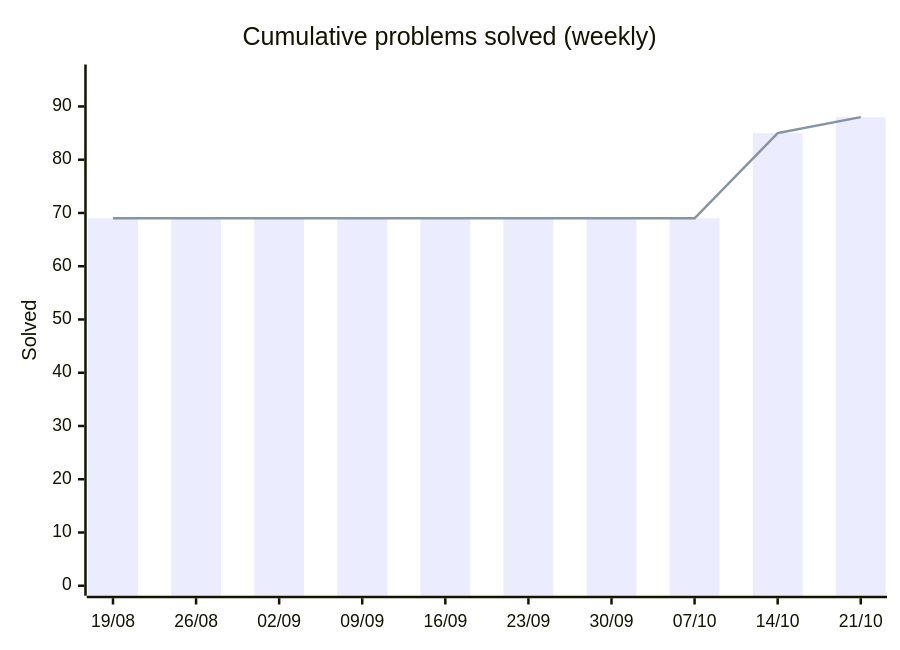
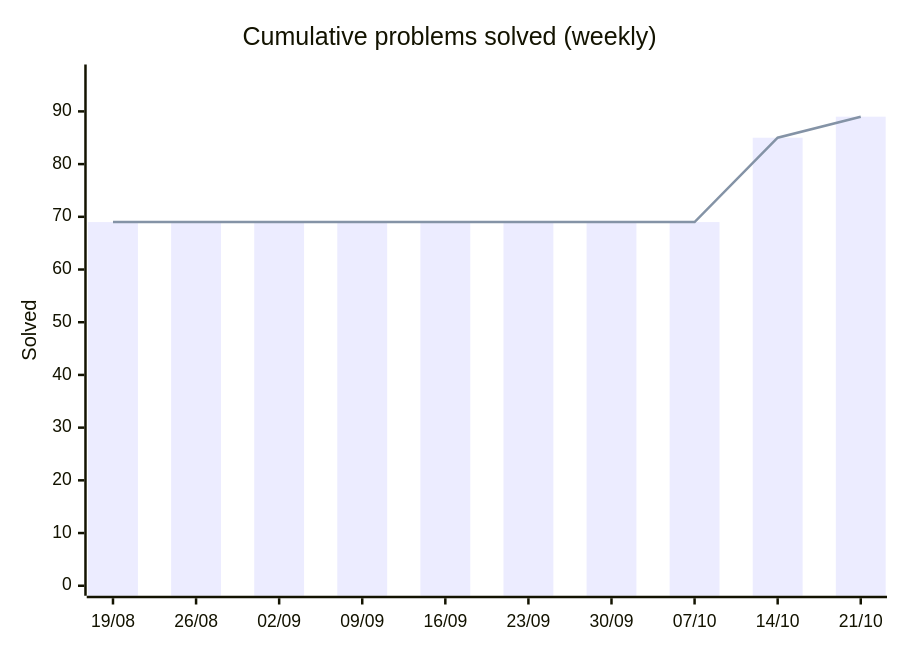
One commit to HarryTrn/TensorTonic-Solutions changed the first of 2 diagrams in README.md. Above: the diagram before and after it, drawn with Mermaid. The commit also changed other lines of this file, not shown here.

````diff
--- a/README.md
+++ b/README.md
@@ -65,8 +65,8 @@
 ```mermaid
 xychart-beta
     title "Cumulative problems solved (weekly)"
     x-axis ["19/08", "26/08", "02/09", "09/09", "16/09", "23/09", "30/09", "07/10", "14/10", "21/10"]
-    y-axis "Solved" 0 --> 96
-    bar [69, 69, 69, 69, 69, 69, 69, 69, 85, 88]
-    line [69, 69, 69, 69, 69, 69, 69, 69, 85, 88]
+    y-axis "Solved" 0 --> 97
+    bar [69, 69, 69, 69, 69, 69, 69, 69, 85, 89]
+    line [69, 69, 69, 69, 69, 69, 69, 69, 85, 89]
 ```
````
